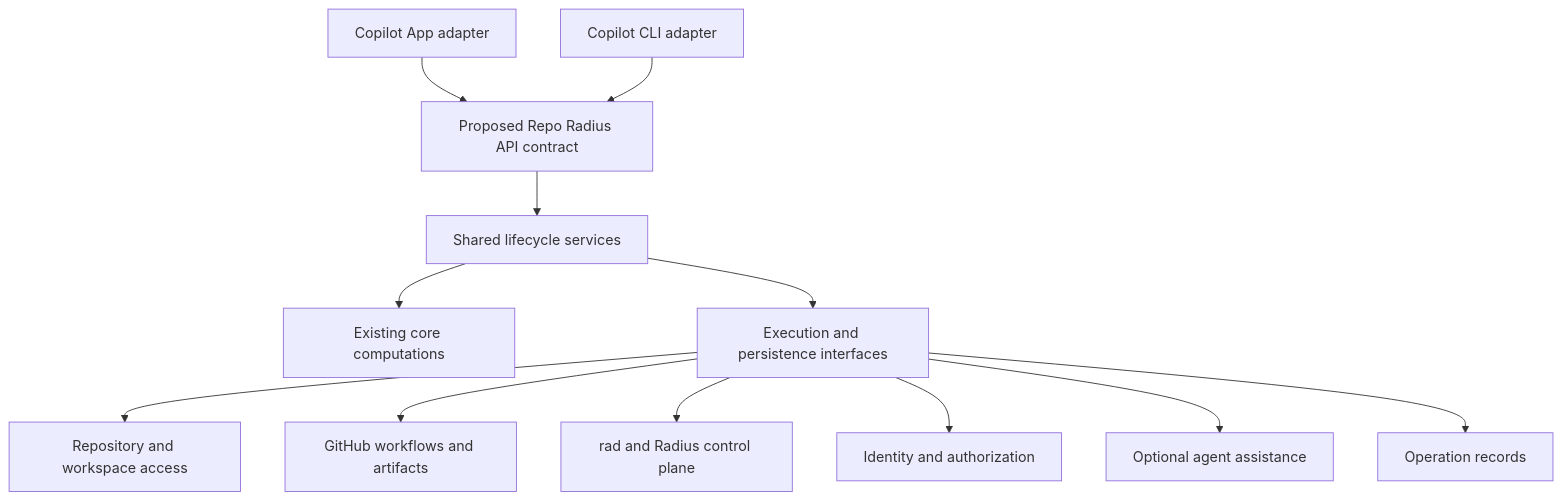
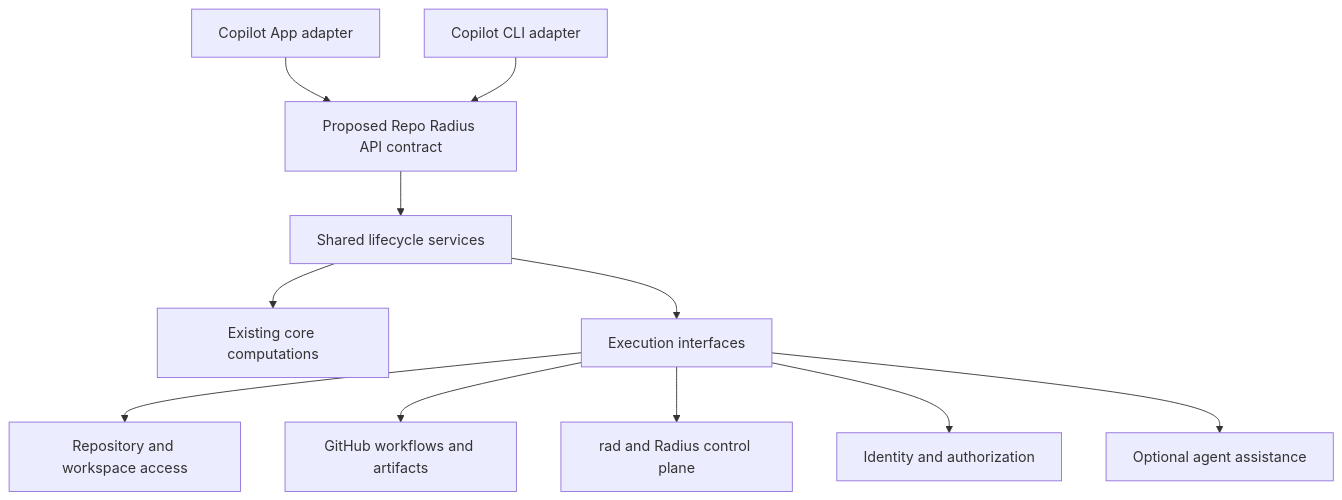
One commit to radius-project/radius changed the second of 4 diagrams in docs/architecture/repo-radius.md. Above: the diagram before and after it, drawn with Mermaid. The commit also changed other lines of this file, not shown here.

Commit message:
docs: defer Repo Radius operation storage design

````diff
--- a/docs/architecture/repo-radius.md
+++ b/docs/architecture/repo-radius.md
@@ -87,26 +87,24 @@
 ```mermaid
 graph TD
     App["Copilot App adapter"]
     CLI["Copilot CLI adapter"]
     Contract["Proposed Repo Radius API contract"]
     Services["Shared lifecycle services"]
     Core["Existing core computations"]
-    Interfaces["Execution and persistence interfaces"]
+    Interfaces["Execution interfaces"]
     Source["Repository and workspace access"]
     GitHub["GitHub workflows and artifacts"]
     Rad["rad and Radius control plane"]
     Identity["Identity and authorization"]
     Agent["Optional agent assistance"]
-    Store["Operation records"]
     App --> Contract
     CLI --> Contract
     Contract --> Services
     Services --> Core
     Services --> Interfaces
     Interfaces --> Source
     Interfaces --> GitHub
     Interfaces --> Rad
     Interfaces --> Identity
     Interfaces --> Agent
-    Interfaces --> Store
 ```
````
